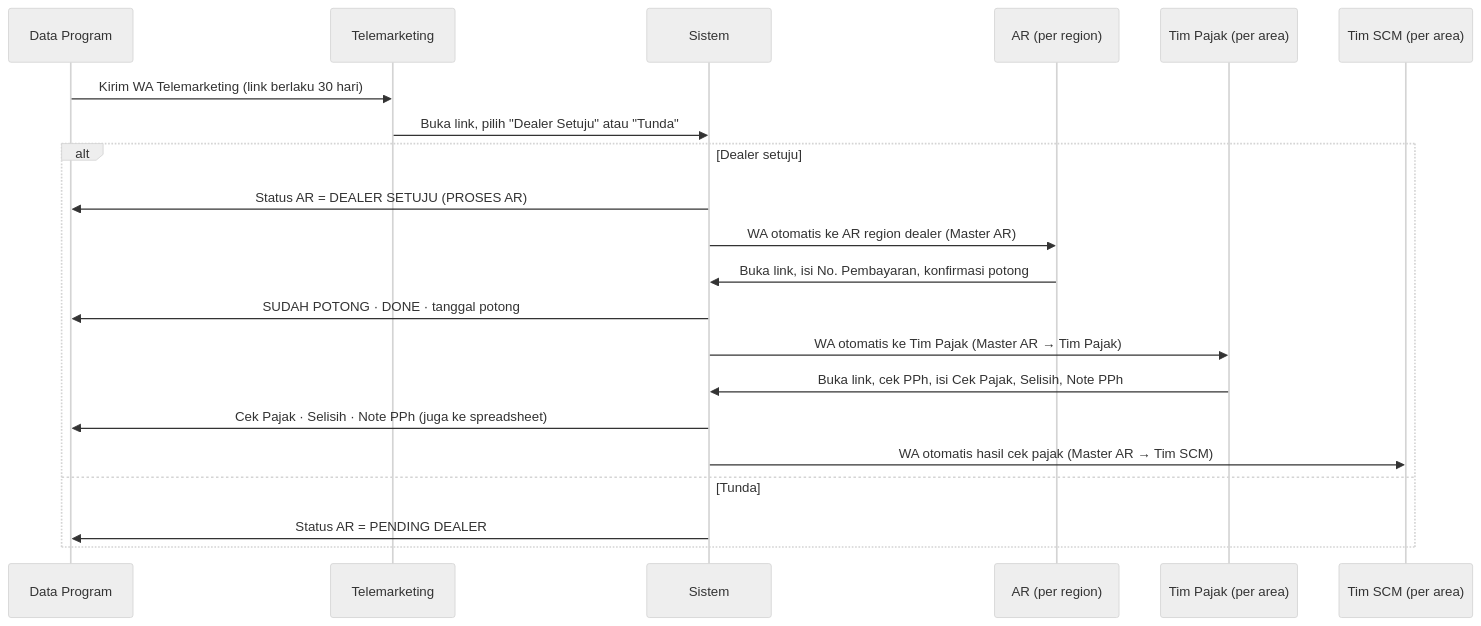
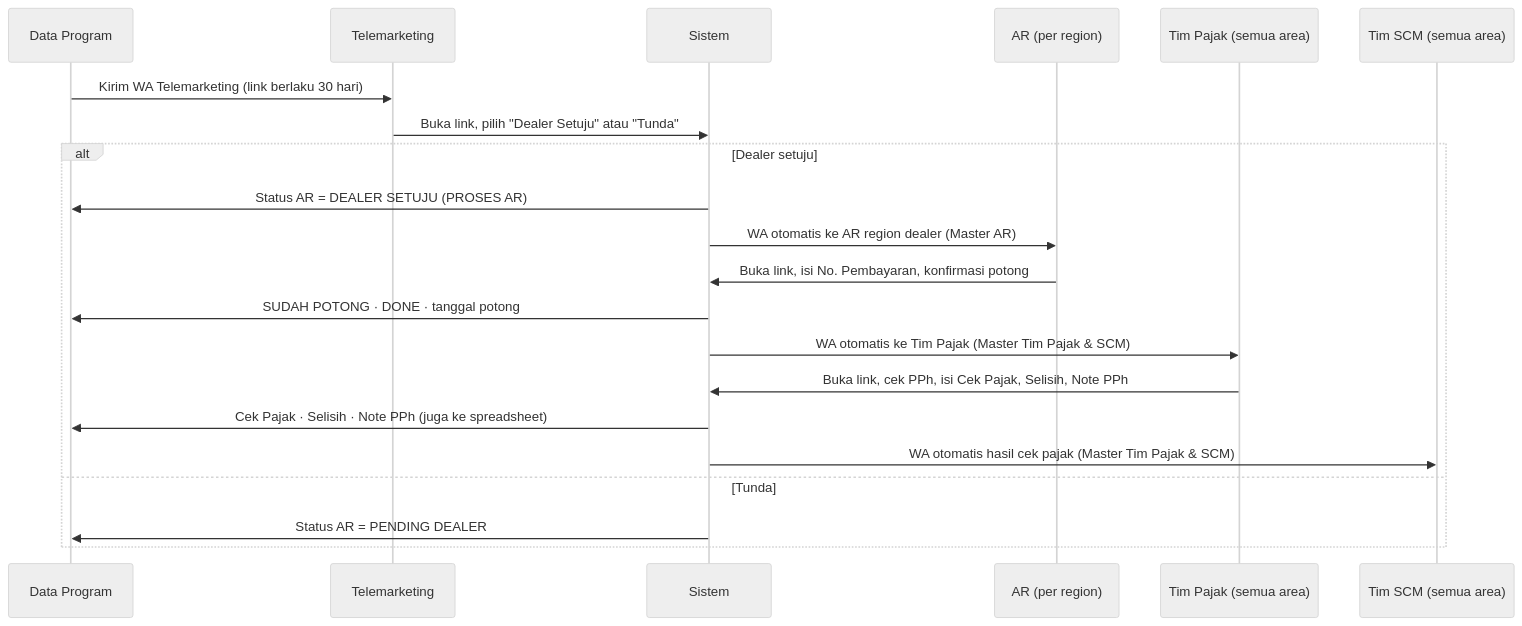
Before and after one commit to oceanspacedev/Automation-SCM: the second of 2 diagrams in README.md, drawn with Mermaid (neutral theme). The commit also changed other lines of this file and 32 other files, not shown here.

````diff
--- a/README.md
+++ b/README.md
@@ -168,23 +169,23 @@
 ```mermaid
 sequenceDiagram
     participant DP as Data Program
     participant TM as Telemarketing
     participant SYS as Sistem
     participant AR as AR (per region)
-    participant TP as Tim Pajak (per area)
-    participant SCM as Tim SCM (per area)
+    participant TP as Tim Pajak (semua area)
+    participant SCM as Tim SCM (semua area)
     DP->>TM: Kirim WA Telemarketing (link berlaku 30 hari)
     TM->>SYS: Buka link, pilih "Dealer Setuju" atau "Tunda"
     alt Dealer setuju
         SYS->>DP: Status AR = DEALER SETUJU (PROSES AR)
         SYS->>AR: WA otomatis ke AR region dealer (Master AR)
         AR->>SYS: Buka link, isi No. Pembayaran, konfirmasi potong
         SYS->>DP: SUDAH POTONG · DONE · tanggal potong
-        SYS->>TP: WA otomatis ke Tim Pajak (Master AR → Tim Pajak)
+        SYS->>TP: WA otomatis ke Tim Pajak (Master Tim Pajak & SCM)
         TP->>SYS: Buka link, cek PPh, isi Cek Pajak, Selisih, Note PPh
         SYS->>DP: Cek Pajak · Selisih · Note PPh (juga ke spreadsheet)
-        SYS->>SCM: WA otomatis hasil cek pajak (Master AR → Tim SCM)
+        SYS->>SCM: WA otomatis hasil cek pajak (Master Tim Pajak & SCM)
     else Tunda
         SYS->>DP: Status AR = PENDING DEALER
     end
 ```
````
